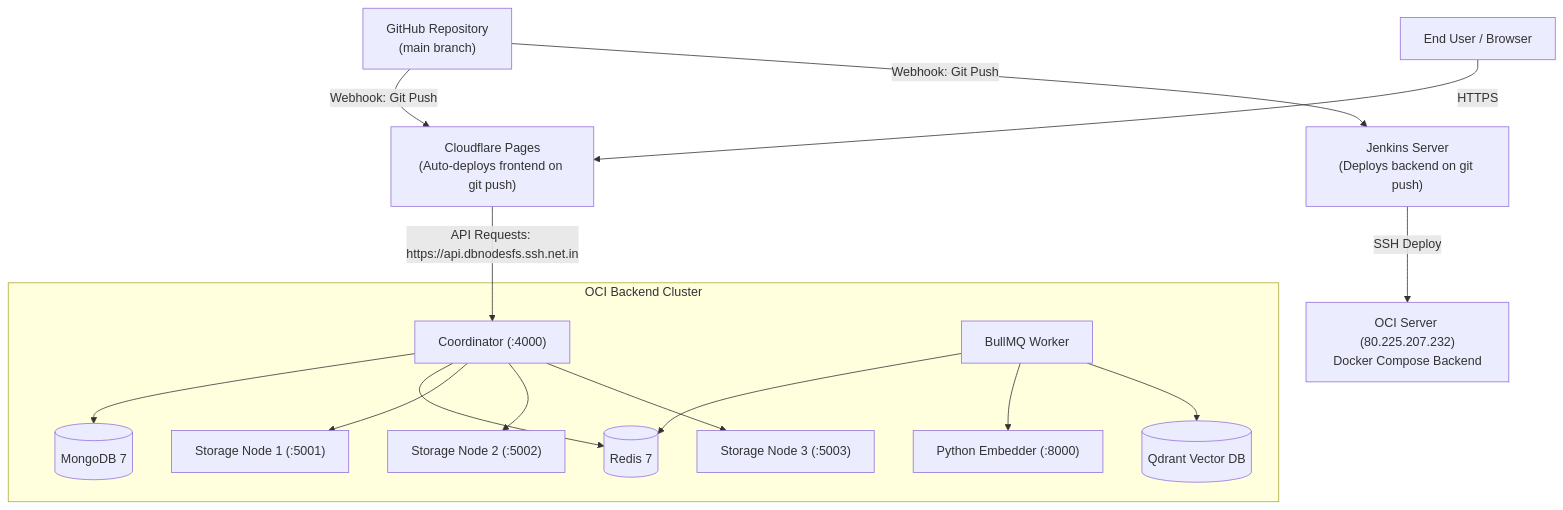
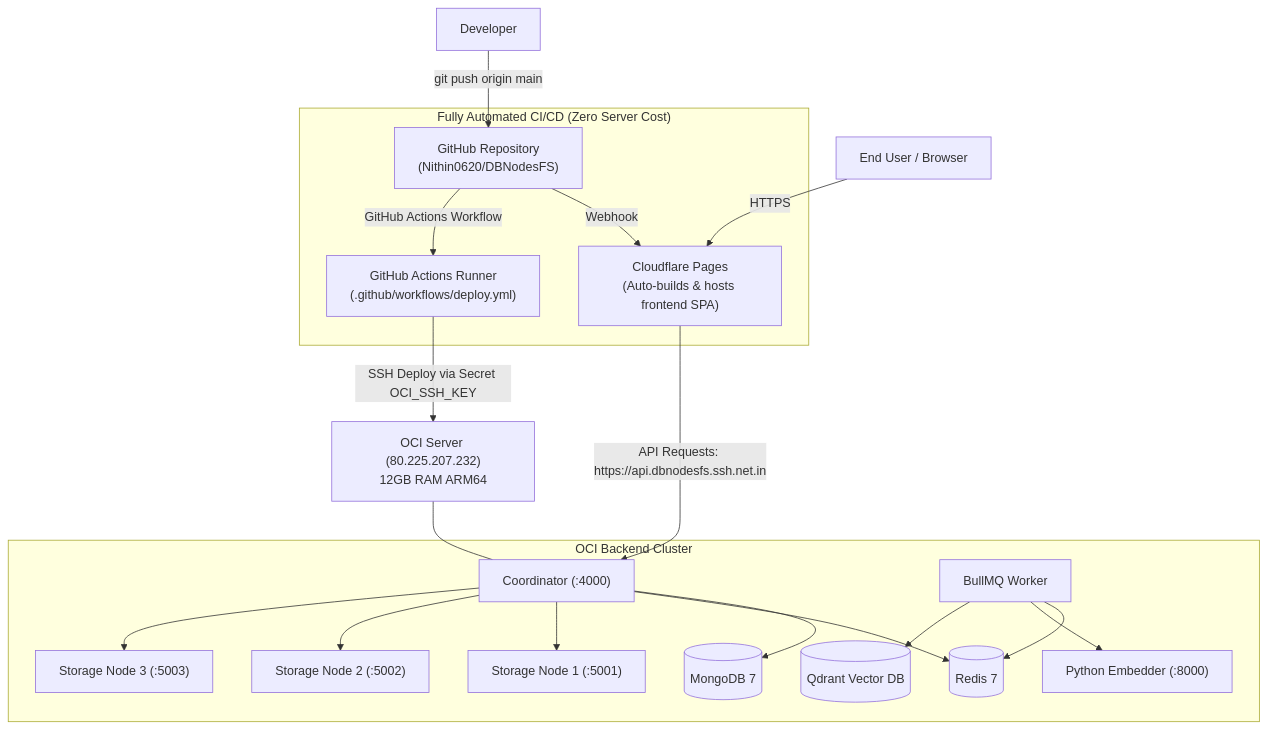
One commit to Nithin0620/DBNodesFS changed the diagram in plan_deployment.md. Above: the diagram before and after it, drawn with Mermaid. The commit also changed other lines of this file and 1 other file, not shown here.

Commit message:
feat: add GitHub Actions workflow for backend deployment to OCI

````diff
--- a/plan_deployment.md
+++ b/plan_deployment.md
@@ -12,30 +9,30 @@
 ```mermaid
 flowchart TD
-    GitHub["GitHub Repository\n(main branch)"]
-    CF["Cloudflare Pages\n(Auto-deploys frontend on git push)"]
-    Jenkins["Jenkins Server\n(Deploys backend on git push)"]
-    OCI["OCI Server (80.225.207.232)\nDocker Compose Backend"]
-    User["End User / Browser"]
+    Dev["Developer"] -->|git push origin main| GitHub["GitHub Repository\n(Nithin0620/DBNodesFS)"]
 
-    GitHub -->|Webhook: Git Push| CF
-    GitHub -->|Webhook: Git Push| Jenkins
-    Jenkins -->|SSH Deploy| OCI
+    subgraph CI_CD ["Fully Automated CI/CD (Zero Server Cost)"]
+        GitHub -->|Webhook| CF["Cloudflare Pages\n(Auto-builds & hosts frontend SPA)"]
+        GitHub -->|GitHub Actions Workflow| GHA["GitHub Actions Runner\n(.github/workflows/deploy.yml)"]
+    end
+
+    GHA -->|SSH Deploy via Secret OCI_SSH_KEY| OCI["OCI Server (80.225.207.232)\n12GB RAM ARM64"]
 
     subgraph OCI Backend Cluster
         Coord["Coordinator (:4000)"]
         Worker["BullMQ Worker"]
         Embedder["Python Embedder (:8000)"]
         N1["Storage Node 1 (:5001)"]
         N2["Storage Node 2 (:5002)"]
         N3["Storage Node 3 (:5003)"]
         Mongo[("MongoDB 7")]
         Redis[("Redis 7")]
         Qdrant[("Qdrant Vector DB")]
     end
 
+    OCI --- Coord
     Coord --> Mongo & Redis & N1 & N2 & N3
     Worker --> Redis & Embedder & Qdrant
 
-    User -->|HTTPS| CF
+    User["End User / Browser"] -->|HTTPS| CF
     CF -->|API Requests: https://api.dbnodesfs.ssh.net.in| Coord
 ```
````
